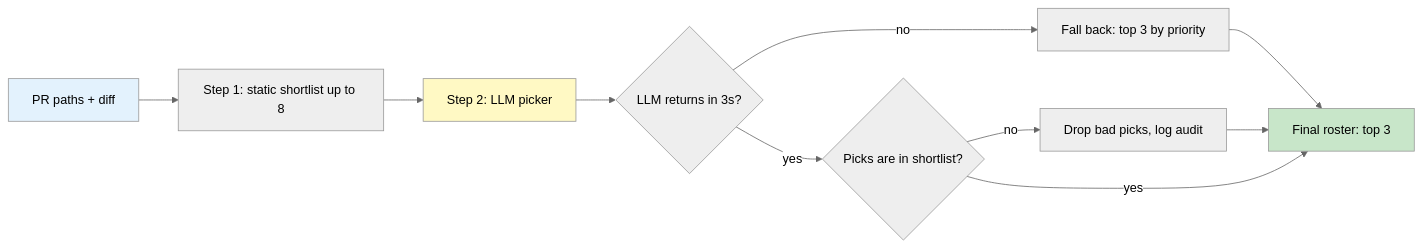
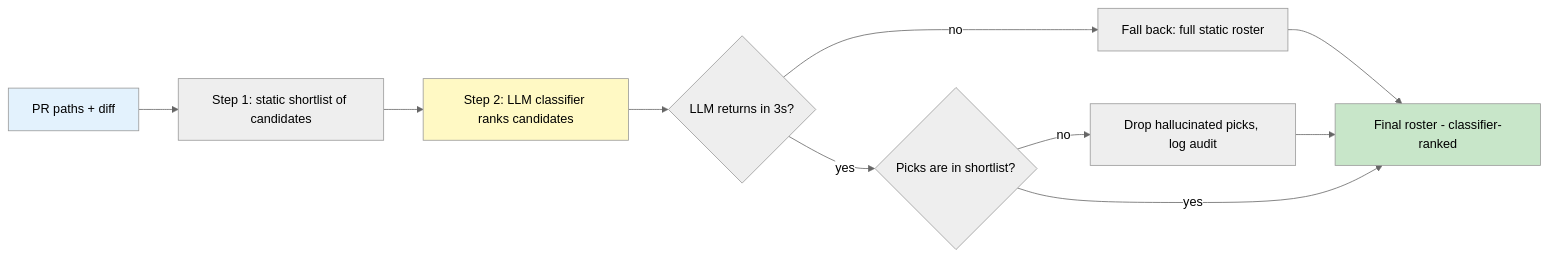
The diagram in 03-idea2.mmd (spruhakar5/cerberus-routing-diagrams), drawn with Mermaid (neutral theme) before and after one commit. The commit also changed 7 other files, not shown here.

First line of the commit message:
Remove roster cap from architecture diagrams

```diff
--- a/03-idea2.mmd
+++ b/03-idea2.mmd
@@ -1,13 +1,13 @@
 flowchart LR
-    A[PR paths + diff] --> B[Step 1: static shortlist up to 8]
-    B --> C[Step 2: LLM picker]
+    A[PR paths + diff] --> B[Step 1: static shortlist of candidates]
+    B --> C[Step 2: LLM classifier ranks candidates]
     C --> D{LLM returns in 3s?}
-    D -->|no| E[Fall back: top 3 by priority]
+    D -->|no| E[Fall back: full static roster]
     D -->|yes| F{Picks are in shortlist?}
-    F -->|no| G[Drop bad picks, log audit]
-    F -->|yes| H[Final roster: top 3]
+    F -->|no| G[Drop hallucinated picks, log audit]
+    F -->|yes| H[Final roster - classifier-ranked]
     E --> H
     G --> H
     style A fill:#e3f2fd
     style C fill:#fff9c4
     style H fill:#c8e6c9
```
